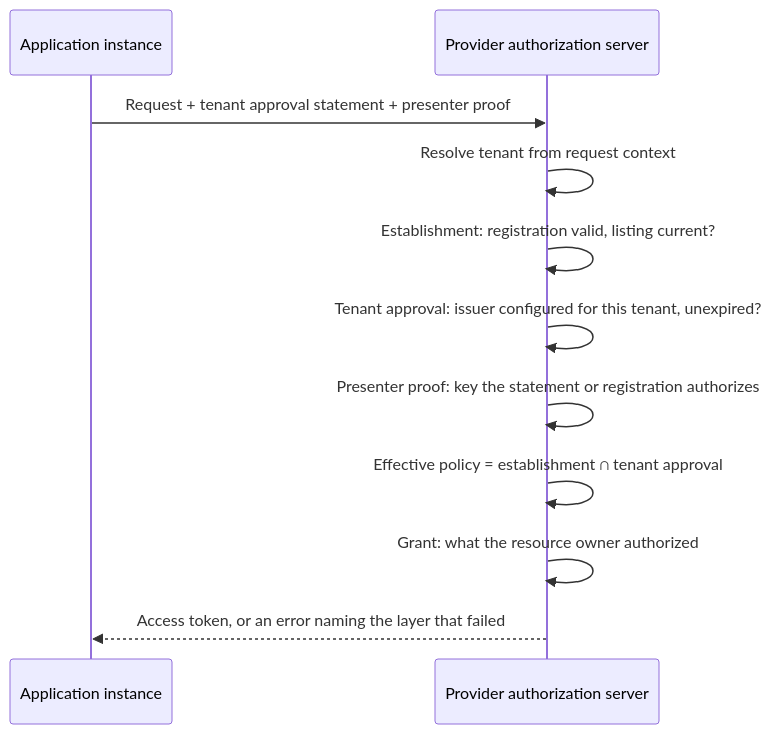
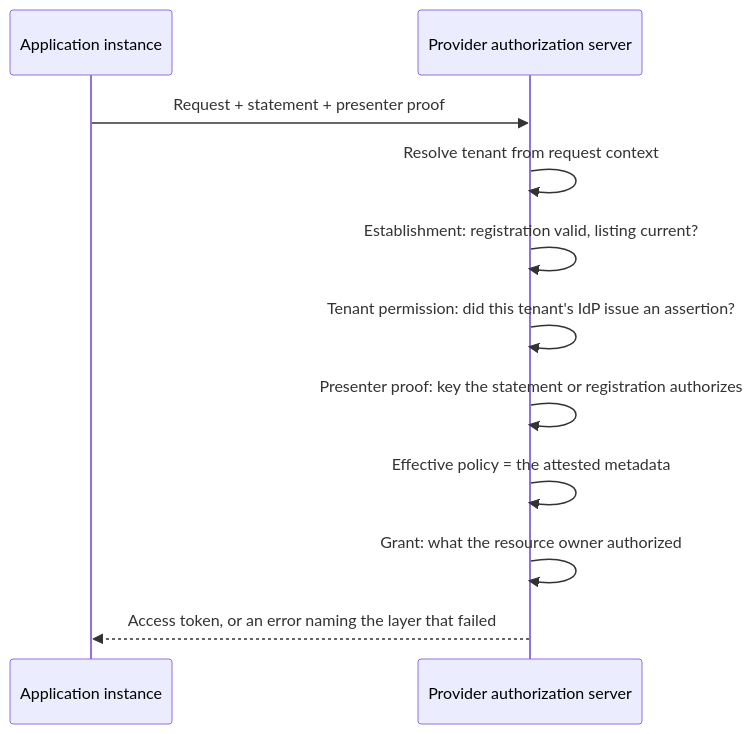
The diagram in deployment-model.md (mcguinness/draft-mcguinness-oauth-software-statement-issuance), drawn with Mermaid before and after one commit. The commit also changed other lines of this file and 2 other files, not shown here.

````diff
--- a/deployment-model.md
+++ b/deployment-model.md
@@ -91,13 +85,13 @@
 ```mermaid
 sequenceDiagram
     participant App as Application instance
     participant AS as Provider authorization server
-    App->>AS: Request + tenant approval statement + presenter proof
+    App->>AS: Request + statement + presenter proof
     AS->>AS: Resolve tenant from request context
     AS->>AS: Establishment: registration valid, listing current?
-    AS->>AS: Tenant approval: issuer configured for this tenant, unexpired?
+    AS->>AS: Tenant permission: did this tenant's IdP issue an assertion?
     AS->>AS: Presenter proof: key the statement or registration authorizes
-    AS->>AS: Effective policy = establishment ∩ tenant approval
+    AS->>AS: Effective policy = the attested metadata
     AS->>AS: Grant: what the resource owner authorized
     AS-->>App: Access token, or an error naming the layer that failed
 ```
````
